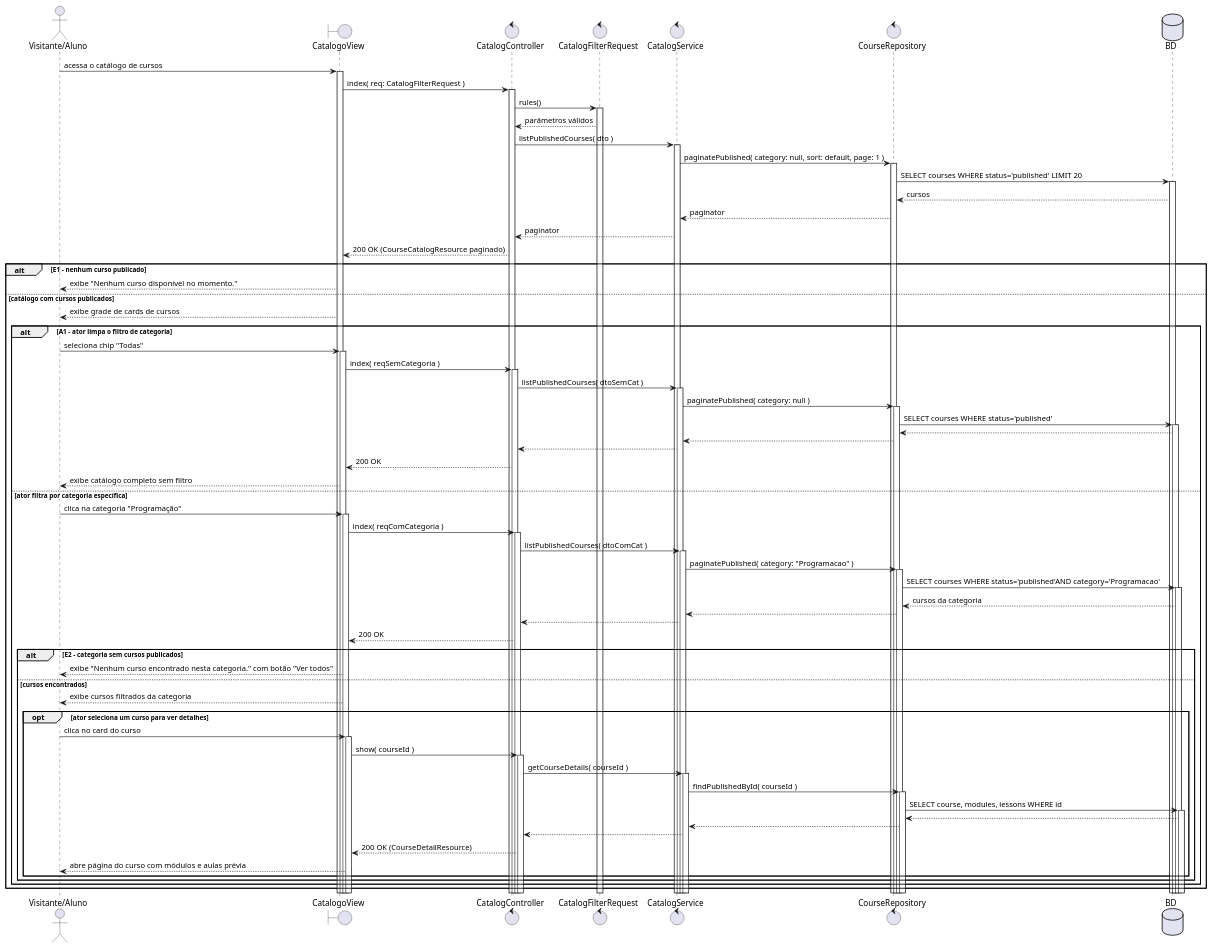
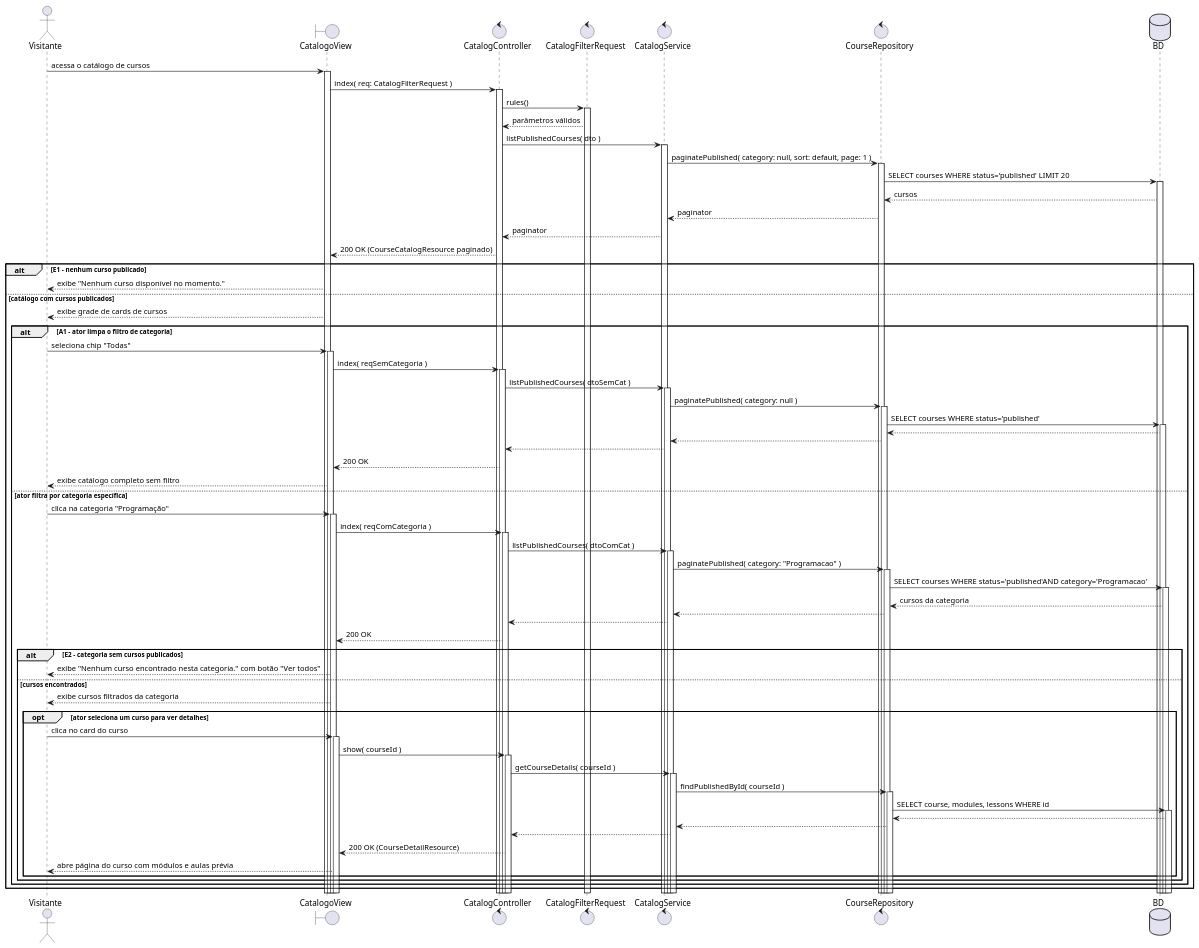
One commit to Plataforma-de-Cursos-TCC/plataforma-cursos-docs changed the diagram in scripts/drawio-seqgen/exemplos/14-sequencia-uc020.puml. Above: the diagram before and after it, drawn with PlantUML. The commit also changed 15 other files, not shown here.

First line of the commit message:
docs(diagrama-de-sequencia): align Area C sequences with the approved decisions

```diff
--- a/scripts/drawio-seqgen/exemplos/14-sequencia-uc020.puml
+++ b/scripts/drawio-seqgen/exemplos/14-sequencia-uc020.puml
@@ -3,64 +3,64 @@
 @startuml 14-sequencia-uc020
-actor "Visitante/Aluno" as P0
+actor Visitante as P0
 boundary CatalogoView
 control CatalogController
 control CatalogFilterRequest
 control CatalogService
 control CourseRepository
 database BD
 P0 -> CatalogoView ++ : acessa o catálogo de cursos
 CatalogoView -> CatalogController ++ : index( req: CatalogFilterRequest )
 CatalogController -> CatalogFilterRequest ++ : rules()
 CatalogFilterRequest --> CatalogController : parâmetros válidos
 CatalogController -> CatalogService ++ : listPublishedCourses( dto )
 CatalogService -> CourseRepository ++ : paginatePublished( category: null, sort: default, page: 1 )
 CourseRepository -> BD ++ : SELECT courses WHERE status='published' LIMIT 20
 BD --> CourseRepository : cursos
 CourseRepository --> CatalogService : paginator
 CatalogService --> CatalogController : paginator
 CatalogController --> CatalogoView : 200 OK (CourseCatalogResource paginado)
 alt E1 - nenhum curso publicado
 CatalogoView --> P0 : exibe "Nenhum curso disponível no momento."
 else catálogo com cursos publicados
 CatalogoView --> P0 : exibe grade de cards de cursos
 alt A1 - ator limpa o filtro de categoria
 P0 -> CatalogoView ++ : seleciona chip "Todas"
 CatalogoView -> CatalogController ++ : index( reqSemCategoria )
 CatalogController -> CatalogService ++ : listPublishedCourses( dtoSemCat )
 CatalogService -> CourseRepository ++ : paginatePublished( category: null )
 CourseRepository -> BD ++ : SELECT courses WHERE status='published'
 BD --> CourseRepository
 CourseRepository --> CatalogService
 CatalogService --> CatalogController
 CatalogController --> CatalogoView : 200 OK
 CatalogoView --> P0 : exibe catálogo completo sem filtro
 else ator filtra por categoria específica
 P0 -> CatalogoView ++ : clica na categoria "Programação"
 CatalogoView -> CatalogController ++ : index( reqComCategoria )
 CatalogController -> CatalogService ++ : listPublishedCourses( dtoComCat )
 CatalogService -> CourseRepository ++ : paginatePublished( category: "Programacao" )
 CourseRepository -> BD ++ : SELECT courses WHERE status='published'AND category='Programacao'
 BD --> CourseRepository : cursos da categoria
 CourseRepository --> CatalogService
 CatalogService --> CatalogController
 CatalogController --> CatalogoView : 200 OK
 alt E2 - categoria sem cursos publicados
 CatalogoView --> P0 : exibe "Nenhum curso encontrado nesta categoria." com botão "Ver todos"
 else cursos encontrados
 CatalogoView --> P0 : exibe cursos filtrados da categoria
 opt ator seleciona um curso para ver detalhes
 P0 -> CatalogoView ++ : clica no card do curso
 CatalogoView -> CatalogController ++ : show( courseId )
 CatalogController -> CatalogService ++ : getCourseDetails( courseId )
 CatalogService -> CourseRepository ++ : findPublishedById( courseId )
 CourseRepository -> BD ++ : SELECT course, modules, lessons WHERE id
 BD --> CourseRepository
 CourseRepository --> CatalogService
 CatalogService --> CatalogController
 CatalogController --> CatalogoView : 200 OK (CourseDetailResource)
 CatalogoView --> P0 : abre página do curso com módulos e aulas prévia
 end
 end
 end
 end
 @enduml
```
